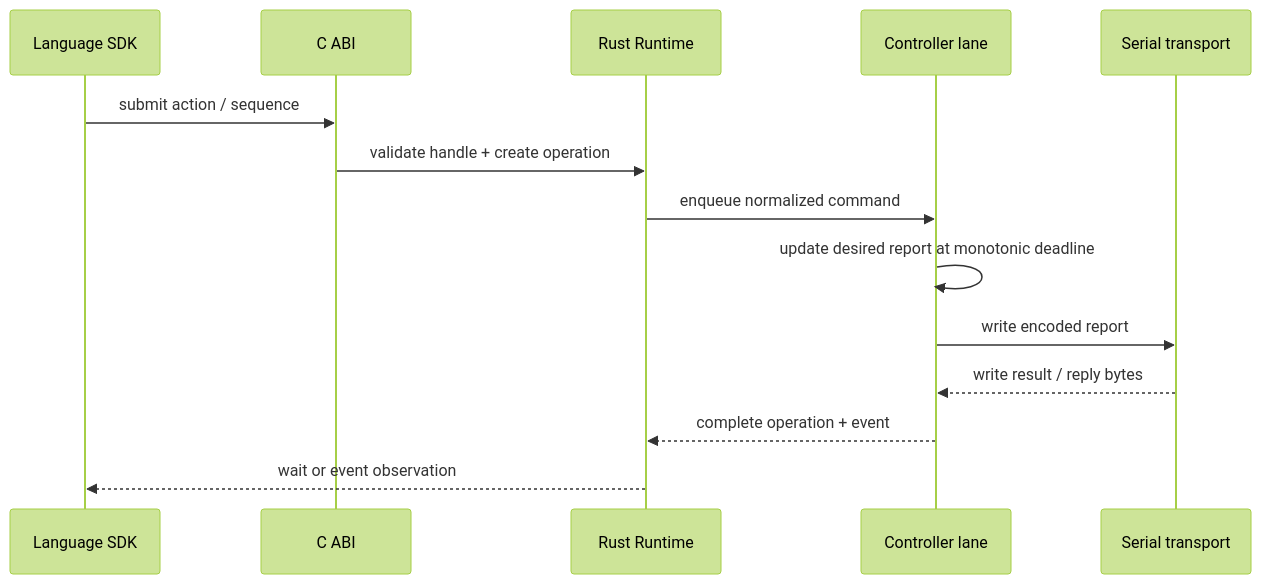
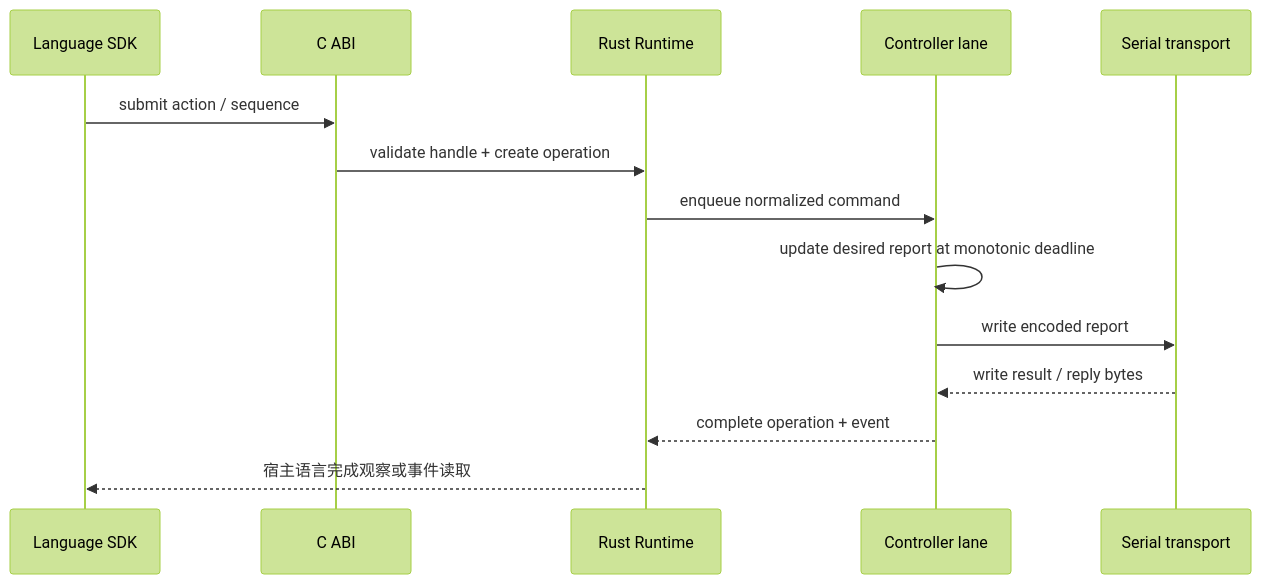
Before and after one commit to XiaoyuBook/easycon-sdk: the second of 3 diagrams in docs/architecture/architecture-overview.md, drawn with Mermaid (forest theme). The commit also changed other lines of this file and 10 other files, not shown here.

````diff
--- a/docs/architecture/architecture-overview.md
+++ b/docs/architecture/architecture-overview.md
@@ -193,17 +186,17 @@
 ```mermaid
 sequenceDiagram
     participant L as Language SDK
     participant A as C ABI
     participant R as Rust Runtime
     participant C as Controller lane
     participant S as Serial transport
 
     L->>A: submit action / sequence
     A->>R: validate handle + create operation
     R->>C: enqueue normalized command
     C->>C: update desired report at monotonic deadline
     C->>S: write encoded report
     S-->>C: write result / reply bytes
     C-->>R: complete operation + event
-    R-->>L: wait or event observation
+    R-->>L: 宿主语言完成观察或事件读取
 ```
````
